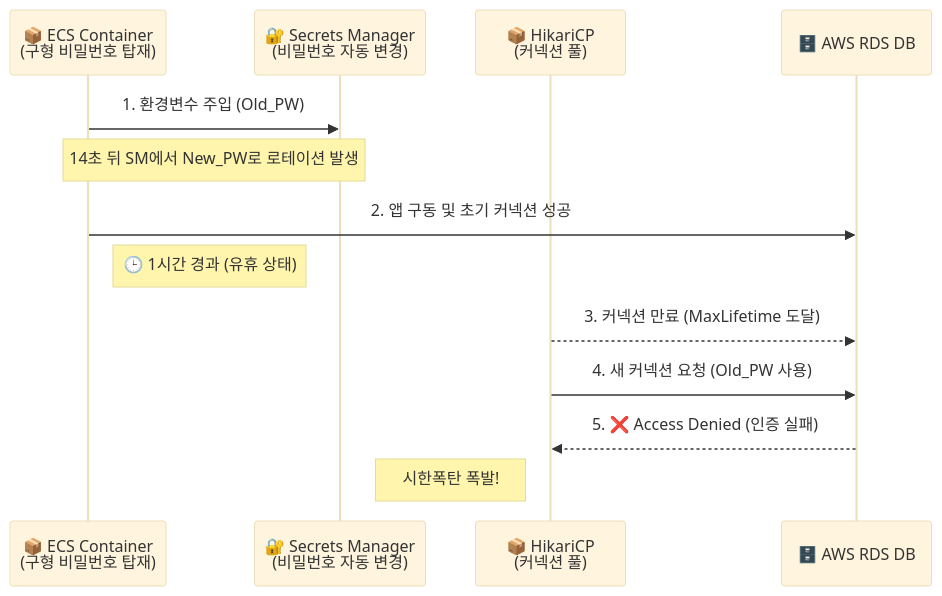
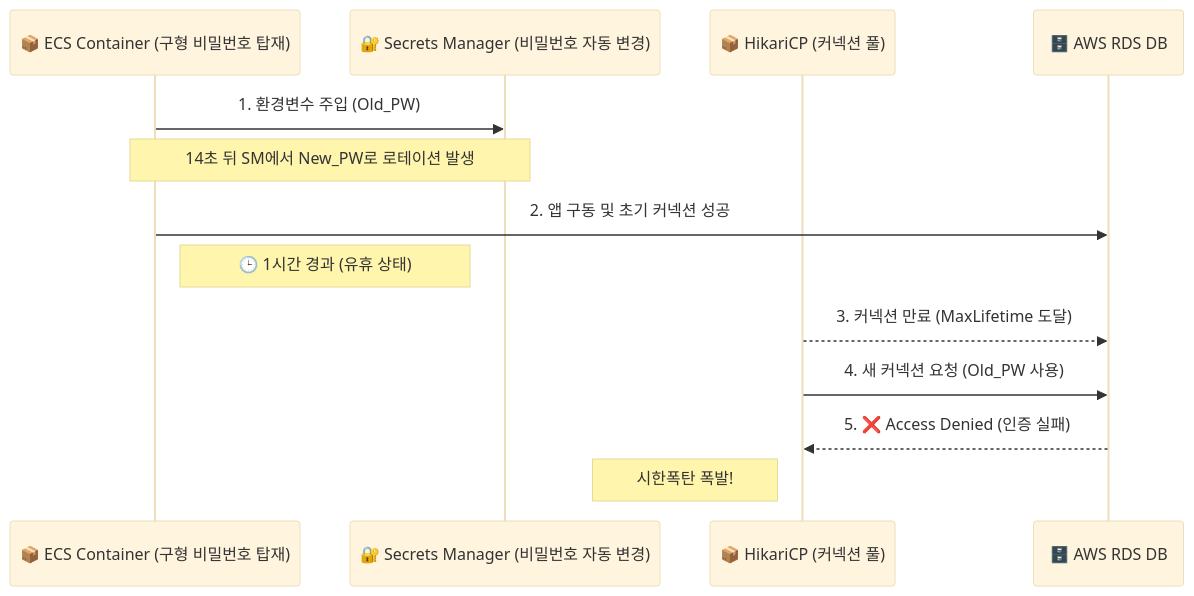
Before and after one commit to duwnstj/duwnstj.github.io: the diagram in _posts/2026-09-07-aws-secrets-manager-connection-pool-troubleshooting.md, drawn with Mermaid (base theme). The commit also changed 3 other files, not shown here.

Commit message:
블로그 다이어그램 깨지는 문제 해결 (Mermaid 문법 수정)

````diff
--- a/_posts/2026-09-07-aws-secrets-manager-connection-pool-troubleshooting.md
+++ b/_posts/2026-09-07-aws-secrets-manager-connection-pool-troubleshooting.md
@@ -28,16 +28,16 @@
 ```mermaid
 sequenceDiagram
-    participant ECS as 📦 ECS Container<br/>(구형 비밀번호 탑재)
-    participant SM as 🔐 Secrets Manager<br/>(비밀번호 자동 변경)
-    participant Hikari as 📦 HikariCP<br/>(커넥션 풀)
+    participant ECS as 📦 ECS Container (구형 비밀번호 탑재)
+    participant SM as 🔐 Secrets Manager (비밀번호 자동 변경)
+    participant Hikari as 📦 HikariCP (커넥션 풀)
     participant RDS as 🗄️ AWS RDS DB
     
     ECS->>SM: 1. 환경변수 주입 (Old_PW)
     Note over ECS, SM: 14초 뒤 SM에서 New_PW로 로테이션 발생
     ECS->>RDS: 2. 앱 구동 및 초기 커넥션 성공
     Note right of ECS: 🕒 1시간 경과 (유휴 상태)
     Hikari-->>RDS: 3. 커넥션 만료 (MaxLifetime 도달)
     Hikari->>RDS: 4. 새 커넥션 요청 (Old_PW 사용)
     RDS-->>Hikari: 5. ❌ Access Denied (인증 실패)
     Note left of Hikari: 시한폭탄 폭발!
 ```
````
